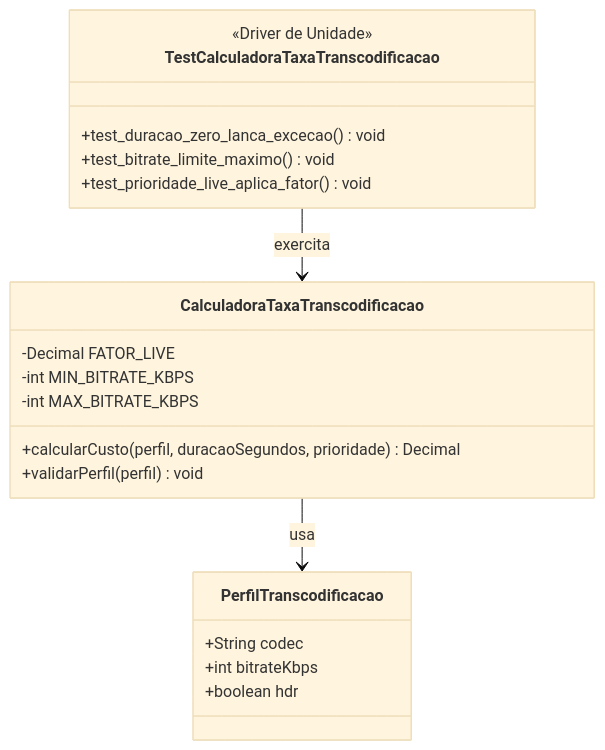
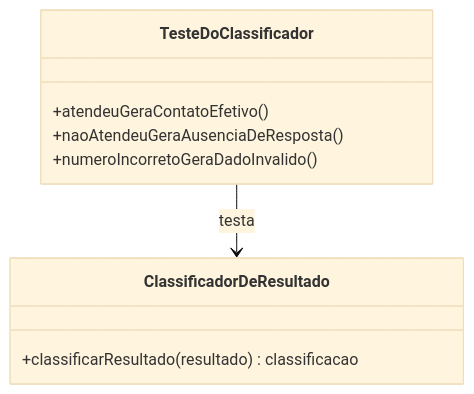
One commit to DiogoBAguiar/atividade-testes-software changed the second of 14 diagrams in README.md. Above: the diagram before and after it, drawn with Mermaid (base theme). The commit also changed other lines of this file and 37 other files, not shown here.

````diff
--- a/README.md
+++ b/README.md
@@ -65,26 +77,13 @@
 ```mermaid
 classDiagram
-    class CalculadoraTaxaTranscodificacao {
-        -Decimal FATOR_LIVE
-        -int MIN_BITRATE_KBPS
-        -int MAX_BITRATE_KBPS
-        +calcularCusto(perfil, duracaoSegundos, prioridade) Decimal
-        +validarPerfil(perfil) void
+    class ClassificadorDeResultado {
+        +classificarResultado(resultado) classificacao
+    }
+    class TesteDoClassificador {
+        +atendeuGeraContatoEfetivo()
+        +naoAtendeuGeraAusenciaDeResposta()
+        +numeroIncorretoGeraDadoInvalido()
     }
 
-    class PerfilTranscodificacao {
-        +String codec
-        +int bitrateKbps
-        +boolean hdr
-    }
-
-    class TestCalculadoraTaxaTranscodificacao {
-        <<Driver de Unidade>>
-        +test_duracao_zero_lanca_excecao() void
-        +test_bitrate_limite_maximo() void
-        +test_prioridade_live_aplica_fator() void
-    }
-
-    TestCalculadoraTaxaTranscodificacao --> CalculadoraTaxaTranscodificacao : exercita
-    CalculadoraTaxaTranscodificacao --> PerfilTranscodificacao : usa
+    TesteDoClassificador --> ClassificadorDeResultado : testa
 ```
````
